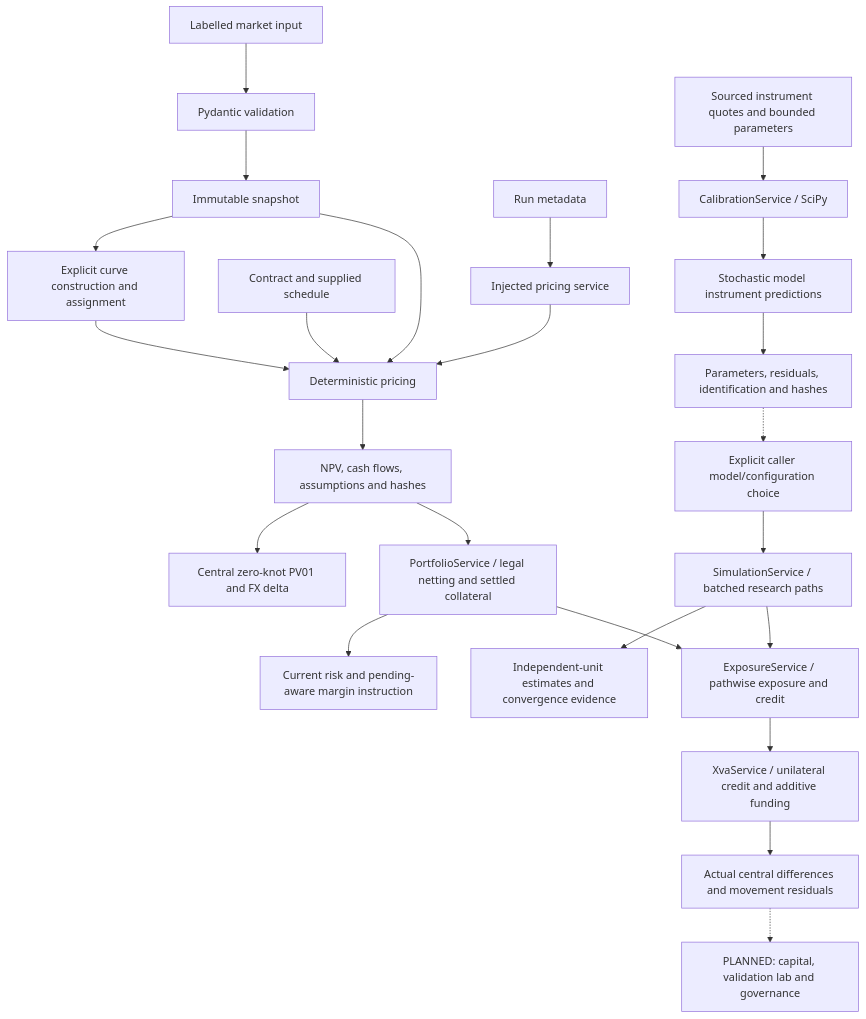
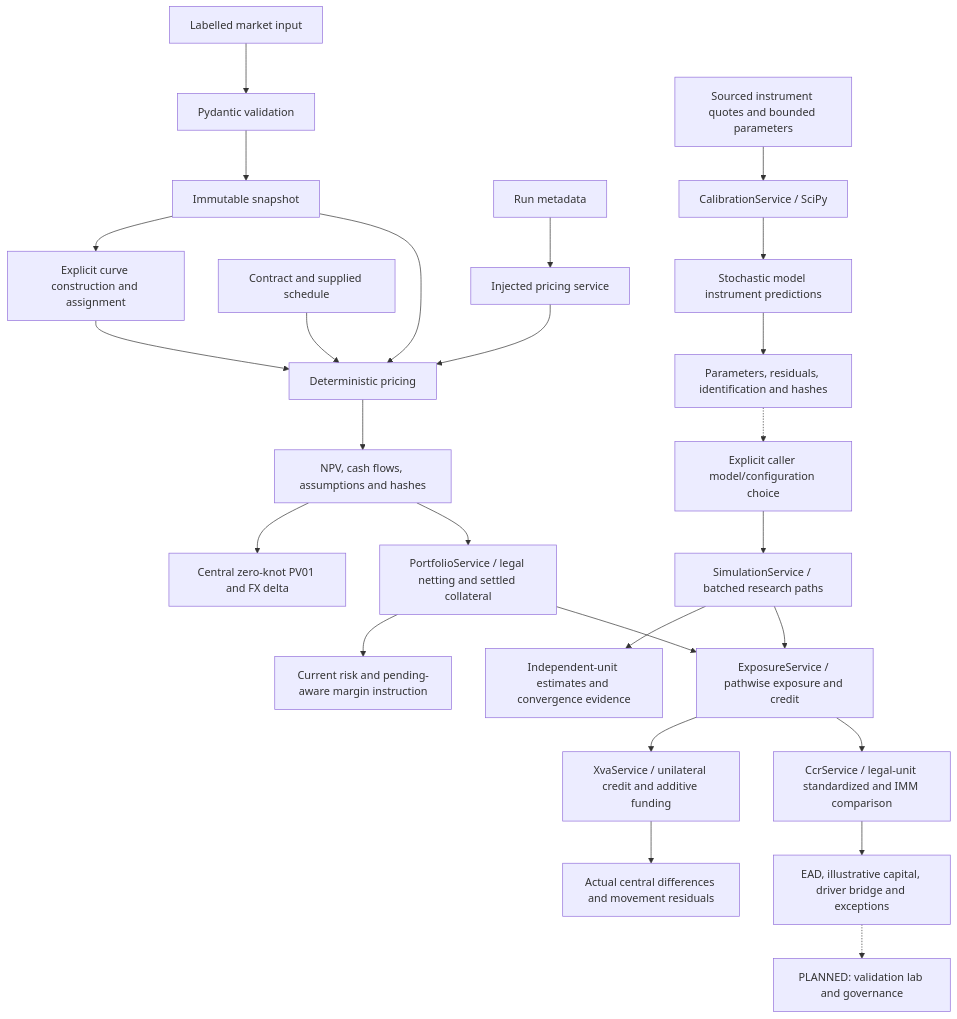
The diagram in docs/WORKFLOW.md (vaibhav7506/parallax-risk), drawn with Mermaid before and after one commit. The commit also changed other lines of this file and 9 other files, not shown here.

````diff
--- a/docs/WORKFLOW.md
+++ b/docs/WORKFLOW.md
@@ -3,26 +3,28 @@
 ```mermaid
 flowchart TD
     JSON[Labelled market input] --> VALID[Pydantic validation]
     VALID --> SNAP[Immutable snapshot]
     SNAP --> CURVES[Explicit curve construction and assignment]
     CONTRACT[Contract and supplied schedule] --> PRICE[Deterministic pricing]
     SNAP --> PRICE
     CURVES --> PRICE
     RUN[Run metadata] --> SERVICE[Injected pricing service]
     SERVICE --> PRICE
     PRICE --> RESULT[NPV, cash flows, assumptions and hashes]
     RESULT --> RISK[Central zero-knot PV01 and FX delta]
     CALJSON[Sourced instrument quotes and bounded parameters] --> CAL[CalibrationService / SciPy]
     CAL --> MODELS[Stochastic model instrument predictions]
     MODELS --> FIT[Parameters, residuals, identification and hashes]
     FIT -.-> CONFIG[Explicit caller model/configuration choice]
     CONFIG --> MC[SimulationService / batched research paths]
     MC --> STATS[Independent-unit estimates and convergence evidence]
     RESULT --> BOOK[PortfolioService / legal netting and settled collateral]
     BOOK --> CURRENT[Current risk and pending-aware margin instruction]
     MC --> EXP[ExposureService / pathwise exposure and credit]
     BOOK --> EXP
     EXP --> XVA[XvaService / unilateral credit and additive funding]
     XVA --> XRISK[Actual central differences and movement residuals]
-    XRISK -.-> GOV[PLANNED: capital, validation lab and governance]
+    EXP --> CCR[CcrService / legal-unit standardized and IMM comparison]
+    CCR --> COMP[EAD, illustrative capital, driver bridge and exceptions]
+    COMP -.-> GOV[PLANNED: validation lab and governance]
 ```
````
